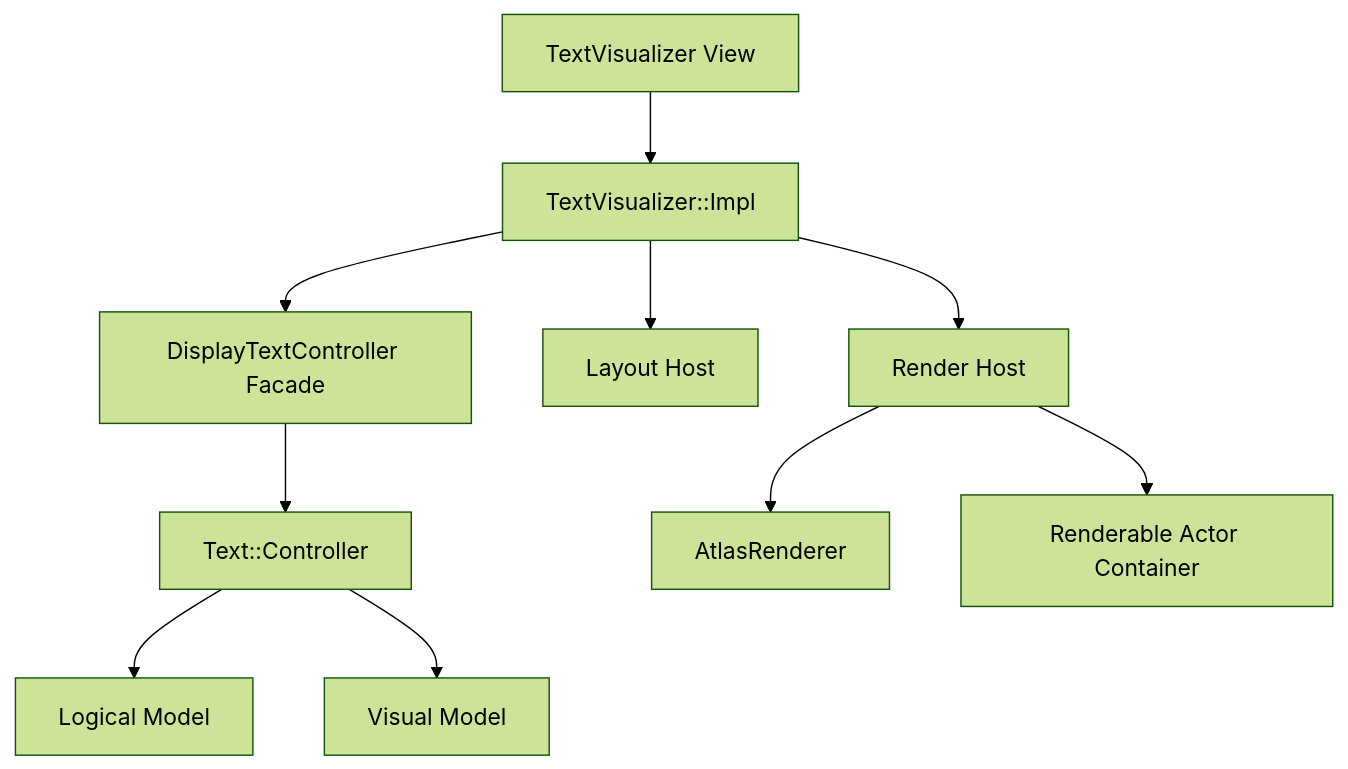
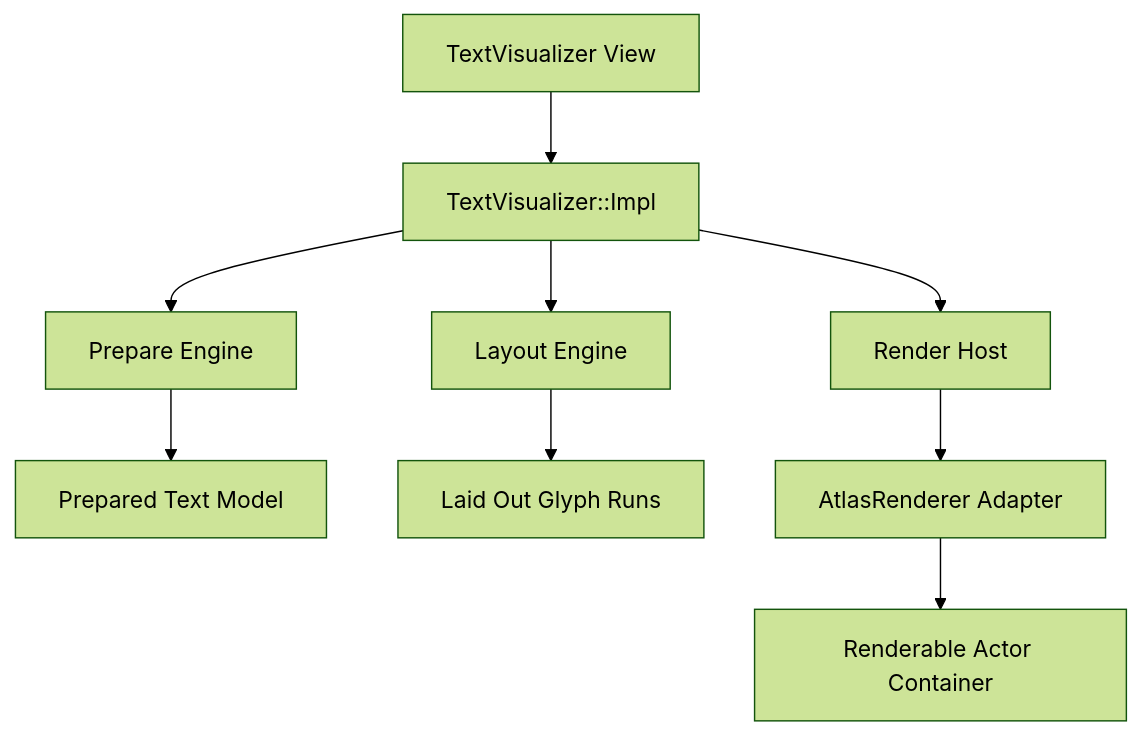
The first of 4 diagrams in docs/text-visualizer/05-text-visualizer-design.ko.md (wonrst/dali-ui), drawn with Mermaid (forest theme) before and after one commit. The commit also changed other lines of this file and 1 other file, not shown here.

Commit message:
docs: refine text visualizer prepare-layout design

````diff
--- a/docs/text-visualizer/05-text-visualizer-design.ko.md
+++ b/docs/text-visualizer/05-text-visualizer-design.ko.md
@@ -23,13 +24,12 @@
 ```mermaid
 flowchart TD
   A[TextVisualizer View] --> B[TextVisualizer::Impl]
-  B --> C[DisplayTextController Facade]
-  C --> D[Text::Controller]
-  D --> E[Logical Model]
-  D --> F[Visual Model]
+  B --> C[Prepare Engine]
+  B --> D[Layout Engine]
+  B --> E[Render Host]
 
-  B --> G[Layout Host]
-  B --> H[Render Host]
-  H --> I[AtlasRenderer]
-  H --> J[Renderable Actor Container]
+  C --> F[Prepared Text Model]
+  D --> G[Laid Out Glyph Runs]
+  E --> H[AtlasRenderer Adapter]
+  H --> I[Renderable Actor Container]
 ```
````
